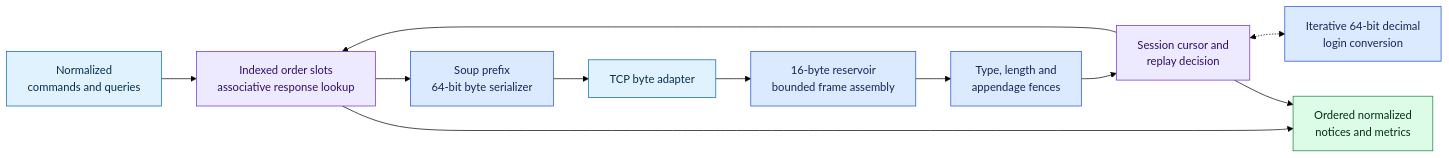
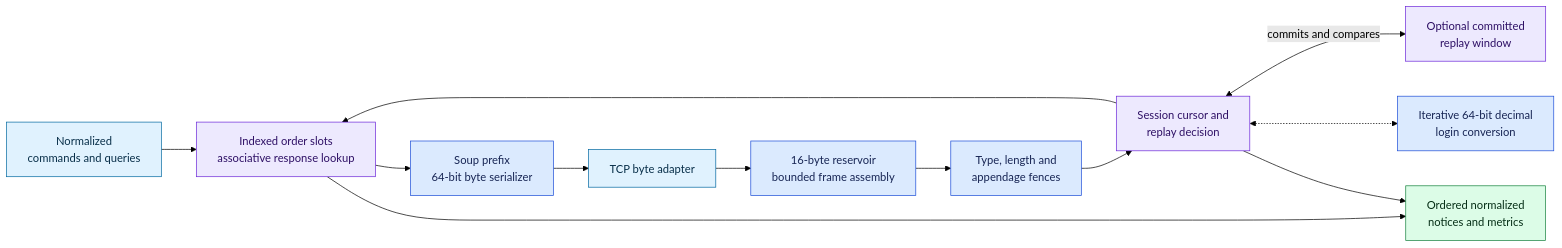
One commit to Asresh/ultra-low-latency-trading-rtl changed the first of 2 diagrams in day07-ouch_order_session/README.md. Above: the diagram before and after it, drawn with Mermaid (forest theme). The commit also changed other lines of this file and 14 other files, not shown here.

Commit message:
Verify retained OUCH replay bytes and fence skipped sequences

````diff
--- a/day07-ouch_order_session/README.md
+++ b/day07-ouch_order_session/README.md
@@ -11,21 +11,22 @@
 ```mermaid
 flowchart LR
     App["Normalized<br/>commands and queries"] --> Table["Indexed order slots<br/>associative response lookup"]
     Table --> TX["Soup prefix<br/>64-bit byte serializer"]
     TX --> Adapter["TCP byte adapter"]
     Adapter --> RX["16-byte reservoir<br/>bounded frame assembly"]
     RX --> Wire["Type, length and<br/>appendage fences"]
     Wire --> Session["Session cursor and<br/>replay decision"]
+    Session <-->|commits and compares| History["Optional committed<br/>replay window"]
     Session --> Table
     Session <-.-> Login["Iterative 64-bit decimal<br/>login conversion"]
     Table --> Notice["Ordered normalized<br/>notices and metrics"]
     Session --> Notice
     classDef io fill:#e0f2fe,stroke:#0369a1,color:#082f49
     classDef state fill:#ede9fe,stroke:#6d28d9,color:#2e1065
     classDef codec fill:#dbeafe,stroke:#1d4ed8,color:#172554
     classDef audit fill:#dcfce7,stroke:#15803d,color:#052e16
     class App,Adapter io
-    class Table,Session state
+    class Table,Session,History state
     class TX,RX,Wire,Login codec
     class Notice audit
 ```
````
